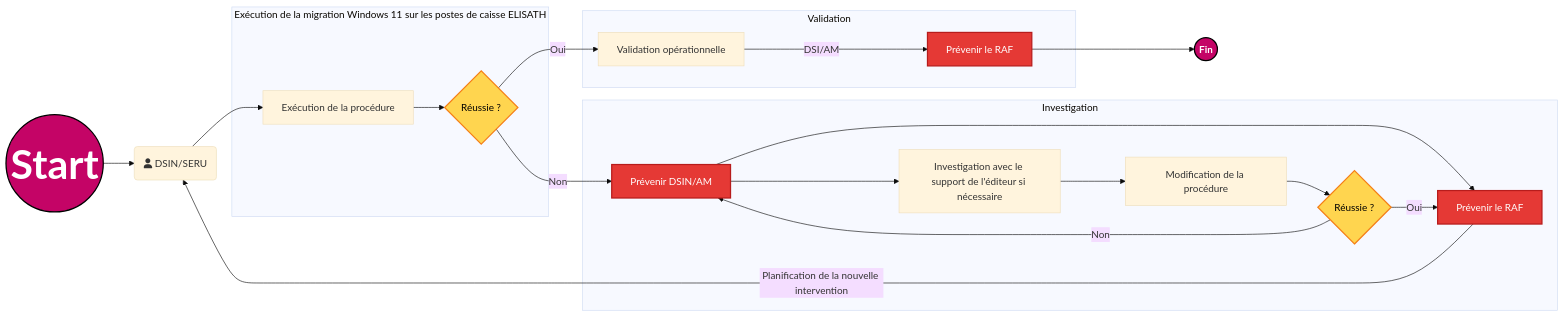
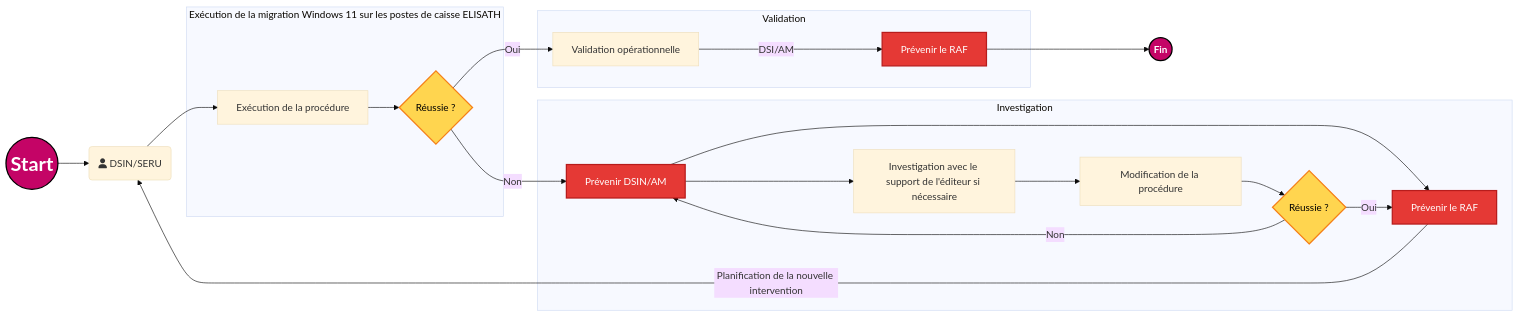
The diagram in all/Flux de validation.md (fdadda/iodraw-files), drawn with Mermaid (base theme) before and after one commit.

Commit message:
2026-05-12 11:26:17 update

````diff
--- a/all/Flux de validation.md
+++ b/all/Flux de validation.md
@@ -1,53 +1,53 @@
 ```mermaid
 flowchart LR
 
     start((Start)) --> A
     A(fa:fa-user DSIN/SERU) --> B[Exécution de la procédure]
 
     subgraph Exécution de la migration Windows 11 sur les postes de caisse ELISATH
         B --> C{Réussie ?}
     end
 
     subgraph Validation
         C -->|Oui| D[Validation opérationnelle]
         D -->|DSI/AM| J[Prévenir le RAF]
     end
 
     J --> fin((Fin))
 
     subgraph Investigation
         C -->|Non| E[Prévenir DSIN/AM]
         E --> F[Prévenir le RAF]
         E --> G[Investigation avec le support de l'éditeur si nécessaire]
         G --> H[Modification de la procédure]
         H --> I{Réussie ?}
         I -->|Oui| F
         I -->|Non| E
     end
 
     F -->|Planification de la nouvelle intervention| A
 
     %% --- STYLES ---
     classDef StartEndPoint fill:#c40466,stroke:#000,color:#fff,stroke-width:2px,font-size:16px,font-weight:bold;
     classDef decision      fill:#ffd54f,stroke:#f57f17,color:#000,stroke-width:2px;
     classDef error         fill:#e53935,stroke:#b71c1c,color:#fff,stroke-width:2px;
 
     %% --- AFFECTATION DES CLASSES ---
     class start,fin StartEndPoint;
     class C,I decision;
     class E,F,J error;
 
     %% --- “CEINTURE + BRETELLES” (force le style sur les 2 nœuds) ---
-    style start font-size:66px,font-weight:bold
-    style fin   font-size:16px,font-weight:bold
+    style start font-size:32px,font-weight:bold
+    style fin   font-size:px,font-weight:bold
 
     %% --- Coide couleur ---
     %% Bleu marine #000080 un peu plus doux
     %% Midnight blue #191970 bleu nuit profond 
     %% Bleu foncé intense #080F70 plus “design”, légèrement grisé 
     %% Bleu foncé moderne #111184 un peu plus lumineux
     %% Orange #ffd54f
     %% Rouge #e53935
     %% Rose CAPI #c40466
 
 ```
````
